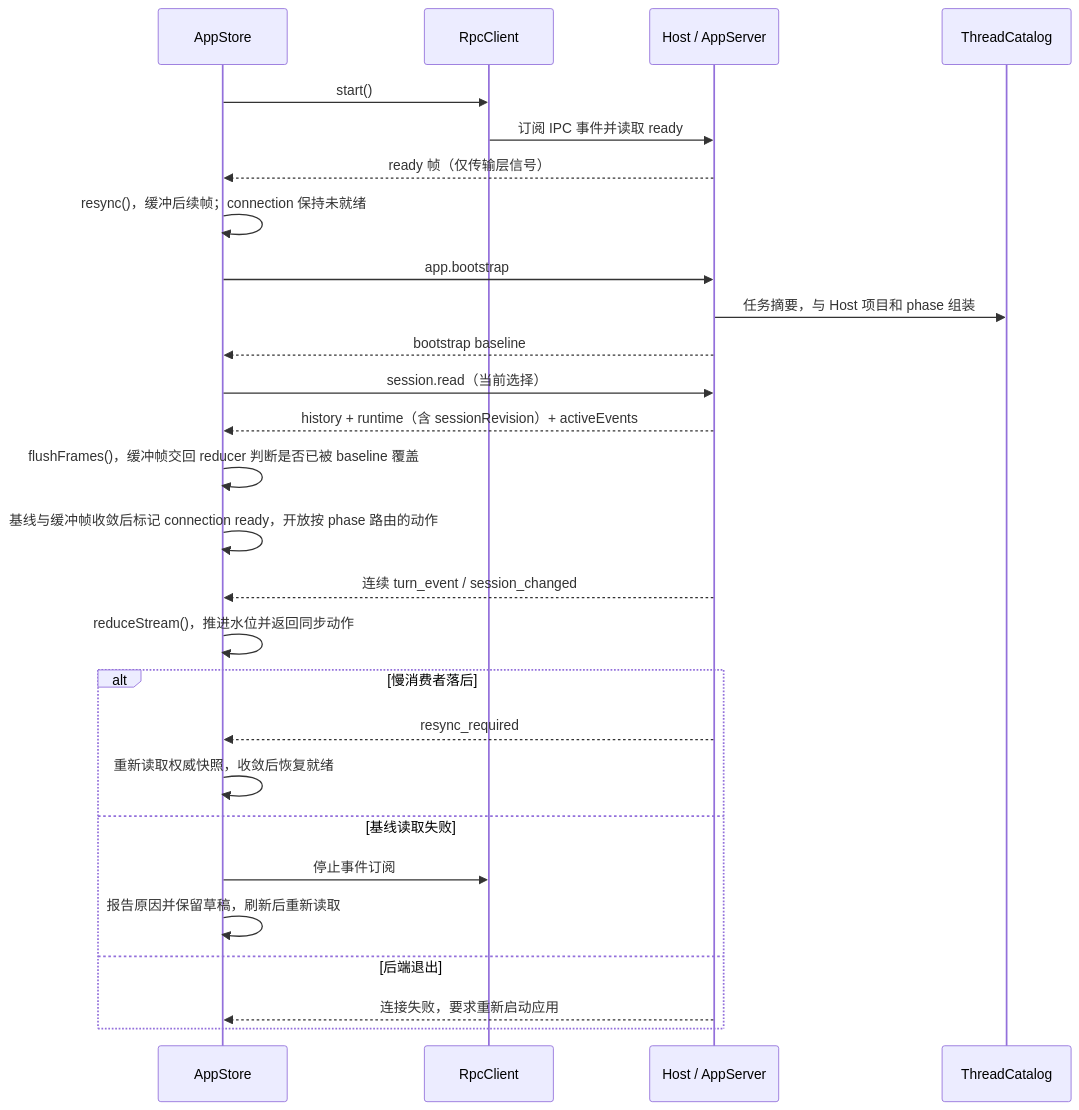
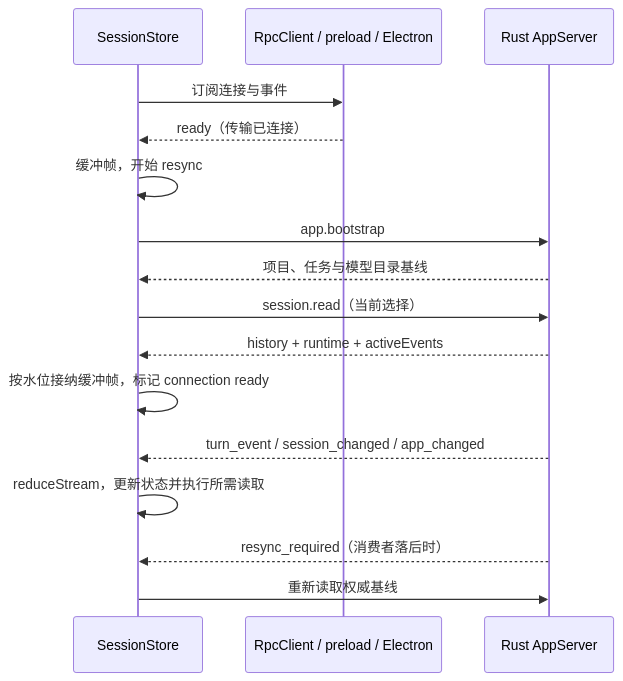
One commit to qjcnmd/singularity-agent changed the fifth of 14 diagrams in docs/architecture.md. Above: the diagram before and after it, drawn with Mermaid. The commit also changed other lines of this file and 9 other files, not shown here.

````diff
--- a/docs/architecture.md
+++ b/docs/architecture.md
@@ -275,29 +171,18 @@
 ```mermaid
 sequenceDiagram
-    participant View as AppStore
-    participant Conn as RpcClient
-    participant Host as Host / AppServer
-    participant Catalog as ThreadCatalog
-    View->>Conn: start()
-    Conn->>Host: 订阅 IPC 事件并读取 ready
-    Host-->>View: ready 帧（仅传输层信号）
-    View->>View: resync()，缓冲后续帧；connection 保持未就绪
-    View->>Host: app.bootstrap
-    Host->>Catalog: 任务摘要，与 Host 项目和 phase 组装
-    Host-->>View: bootstrap baseline
-    View->>Host: session.read（当前选择）
-    Host-->>View: history + runtime（含 sessionRevision）+ activeEvents
-    View->>View: flushFrames()，缓冲帧交回 reducer 判断是否已被 baseline 覆盖
-    View->>View: 基线与缓冲帧收敛后标记 connection ready，开放按 phase 路由的动作
-    Host-->>View: 连续 turn_event / session_changed
-    View->>View: reduceStream()，推进水位并返回同步动作
-    alt 慢消费者落后
-        Host-->>View: resync_required
-        View->>View: 重新读取权威快照，收敛后恢复就绪
-    else 基线读取失败
-        View->>Conn: 停止事件订阅
-        View->>View: 报告原因并保留草稿，刷新后重新读取
-    else 后端退出
-        Host-->>View: 连接失败，要求重新启动应用
-    end
+    participant Store as SessionStore
+    participant RPC as RpcClient / preload / Electron
+    participant Host as Rust AppServer
+    Store->>RPC: 订阅连接与事件
+    RPC-->>Store: ready（传输已连接）
+    Store->>Store: 缓冲帧，开始 resync
+    Store->>Host: app.bootstrap
+    Host-->>Store: 项目、任务与模型目录基线
+    Store->>Host: session.read（当前选择）
+    Host-->>Store: history + runtime + activeEvents
+    Store->>Store: 按水位接纳缓冲帧，标记 connection ready
+    Host-->>Store: turn_event / session_changed / app_changed
+    Store->>Store: reduceStream，更新状态并执行所需读取
+    Host-->>Store: resync_required（消费者落后时）
+    Store->>Host: 重新读取权威基线
 ```
````
